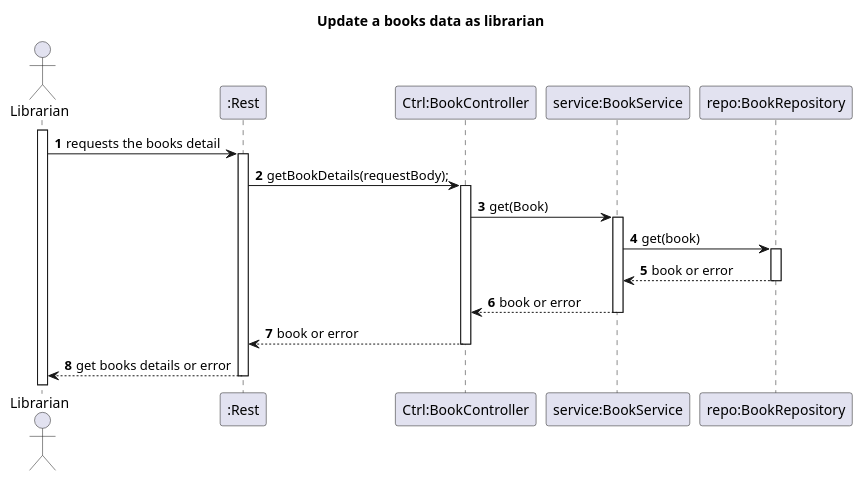
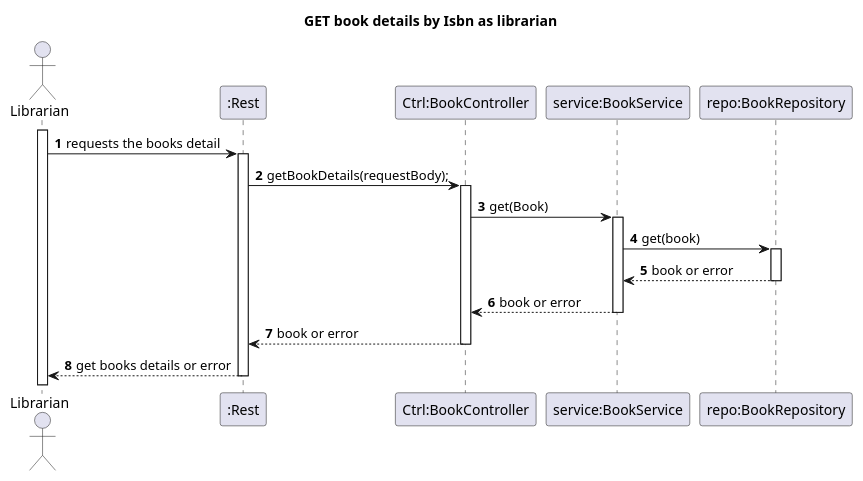
One commit to rutemf/1220944_1220772_G01 changed the diagram in Docs/Phase1/WP2A-Books/Ph1-9-GetBooksDetails/Ph1-9-SD.puml. Above: the diagram before and after it, drawn with PlantUML. The commit also changed 10 other files, not shown here.

```diff
--- a/Docs/Phase1/WP2A-Books/Ph1-9-GetBooksDetails/Ph1-9-SD.puml
+++ b/Docs/Phase1/WP2A-Books/Ph1-9-GetBooksDetails/Ph1-9-SD.puml
@@ -1,27 +1,27 @@
 @startuml
 'https://plantuml.com/sequence-diagram
 autoactivate on
 autonumber
 
-title Update a books data as librarian
+title GET book details by Isbn as librarian
 
 actor "Librarian" as User
 participant ":Rest" as Rest
 participant "Ctrl:BookController" as Ctrl
 participant "service:BookService" as Service
 participant "repo:BookRepository" as Repo
 
 activate User
 
 User -> Rest: requests the books detail
 
 Rest -> Ctrl: getBookDetails(requestBody);
 
 Ctrl -> Service: get(Book)
 Service -> Repo: get(book)
 Repo --> Service: book or error
 Service --> Ctrl: book or error
 Ctrl --> Rest: book or error
 Rest --> User: get books details or error
 
 @enduml
```
